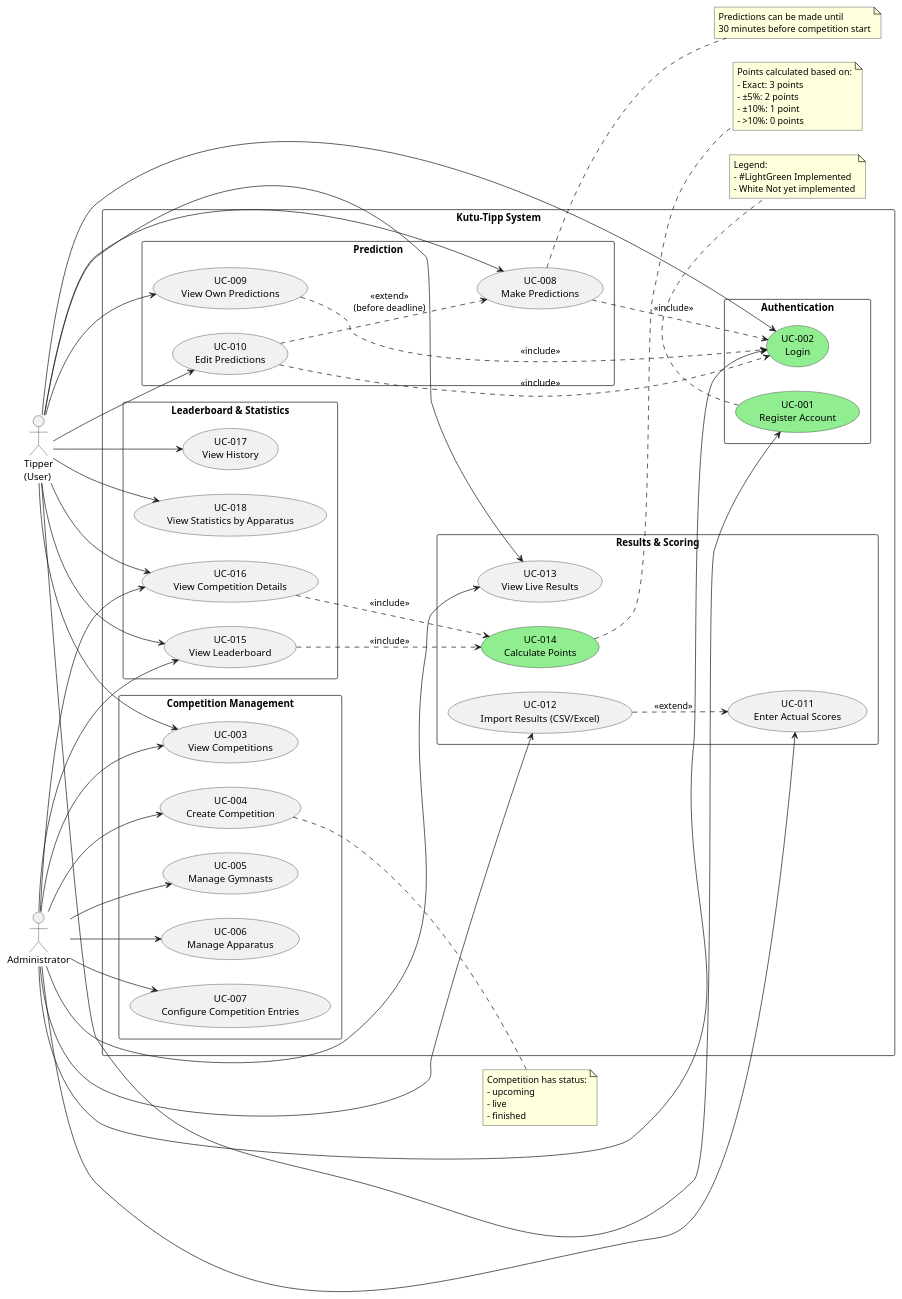
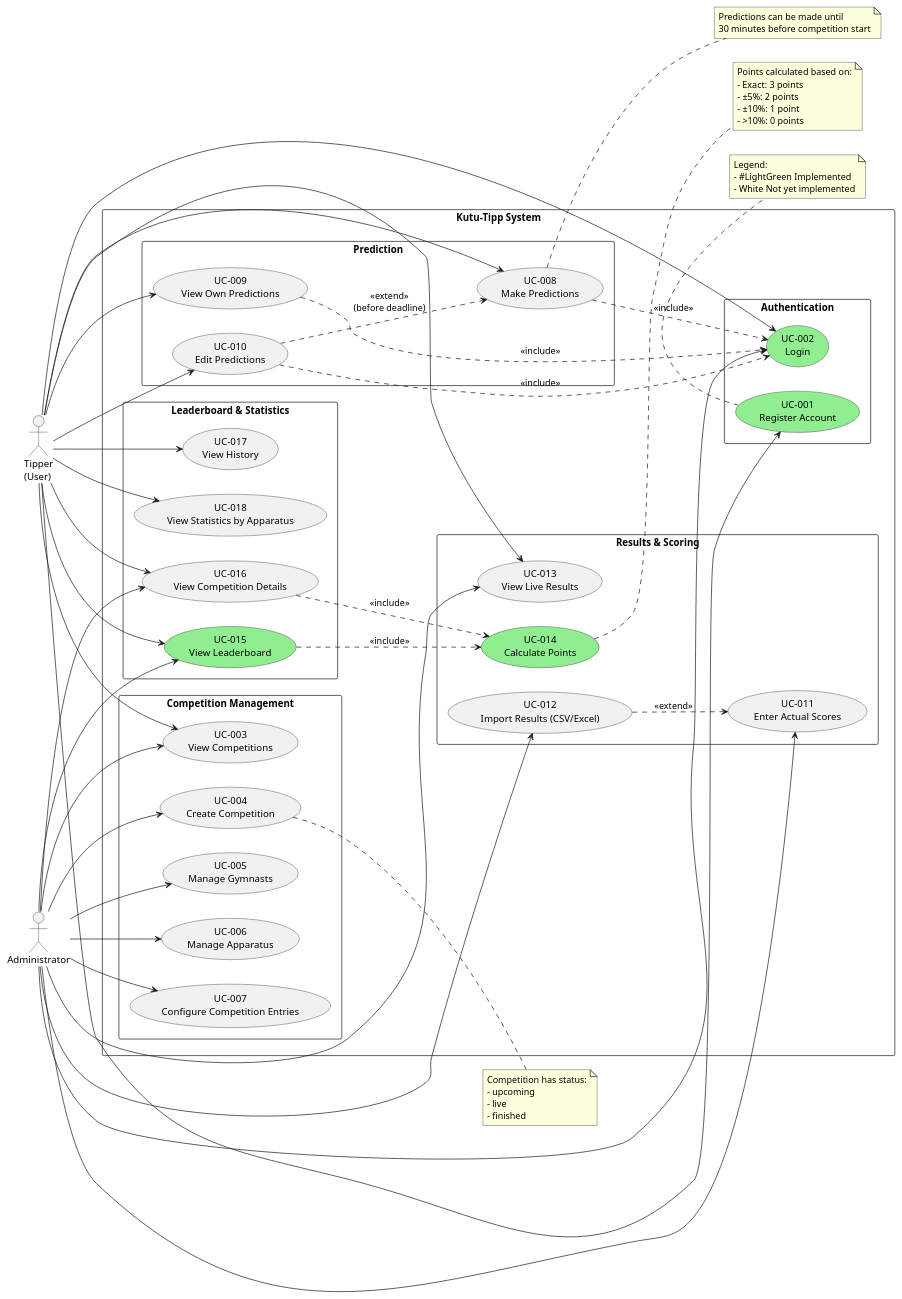
Before and after one commit to simasch/kutu-tipp: the diagram in docs/UseCase_Model.puml, drawn with PlantUML. The commit also changed 9 other files, not shown here.

First line of the commit message:
Document and implement `UC-015: View Leaderboard` use case.

```diff
--- a/docs/UseCase_Model.puml
+++ b/docs/UseCase_Model.puml
@@ -1,109 +1,109 @@
 @startuml Kutu-Tipp Use Case Model
 
 left to right direction
 skinparam packageStyle rectangle
 
 actor "Tipper\n(User)" as User
 actor "Administrator" as Admin
 
 rectangle "Kutu-Tipp System" {
 
   package "Authentication" {
     usecase "UC-001\nRegister Account" as UC1 #LightGreen
     usecase "UC-002\nLogin" as UC2 #LightGreen
   }
 
   package "Competition Management" {
     usecase "UC-003\nView Competitions" as UC3
     usecase "UC-004\nCreate Competition" as UC4
     usecase "UC-005\nManage Gymnasts" as UC5
     usecase "UC-006\nManage Apparatus" as UC6
     usecase "UC-007\nConfigure Competition Entries" as UC7
   }
 
   package "Prediction" {
     usecase "UC-008\nMake Predictions" as UC8
     usecase "UC-009\nView Own Predictions" as UC9
     usecase "UC-010\nEdit Predictions" as UC10
   }
 
   package "Results & Scoring" {
     usecase "UC-011\nEnter Actual Scores" as UC11
     usecase "UC-012\nImport Results (CSV/Excel)" as UC12
     usecase "UC-013\nView Live Results" as UC13
     usecase "UC-014\nCalculate Points" as UC14 #LightGreen
   }
 
   package "Leaderboard & Statistics" {
-    usecase "UC-015\nView Leaderboard" as UC15
+    usecase "UC-015\nView Leaderboard" as UC15 #LightGreen
     usecase "UC-016\nView Competition Details" as UC16
     usecase "UC-017\nView History" as UC17
     usecase "UC-018\nView Statistics by Apparatus" as UC18
   }
 }
 
 ' User relationships
 User --> UC1
 User --> UC2
 User --> UC3
 User --> UC8
 User --> UC9
 User --> UC10
 User --> UC13
 User --> UC15
 User --> UC16
 User --> UC17
 User --> UC18
 
 ' Admin relationships
 Admin --> UC2
 Admin --> UC3
 Admin --> UC4
 Admin --> UC5
 Admin --> UC6
 Admin --> UC7
 Admin --> UC11
 Admin --> UC12
 Admin --> UC13
 Admin --> UC15
 Admin --> UC16
 
 ' Include relationships
 UC8 ..> UC2 : <<include>>
 UC9 ..> UC2 : <<include>>
 UC10 ..> UC2 : <<include>>
 UC15 ..> UC14 : <<include>>
 UC16 ..> UC14 : <<include>>
 
 ' Extend relationships
 UC10 ..> UC8 : <<extend>>\n(before deadline)
 UC12 ..> UC11 : <<extend>>
 
 ' Notes
 note right of UC8
   Predictions can be made until
   30 minutes before competition start
 end note
 
 note right of UC14
   Points calculated based on:
   - Exact: 3 points
   - ±5%: 2 points
   - ±10%: 1 point
   - >10%: 0 points
 end note
 
 note right of UC4
   Competition has status:
   - upcoming
   - live
   - finished
 end note
 
 note bottom of UC1
   Legend:
   - #LightGreen Implemented
   - White Not yet implemented
 end note
 
 @enduml
```
